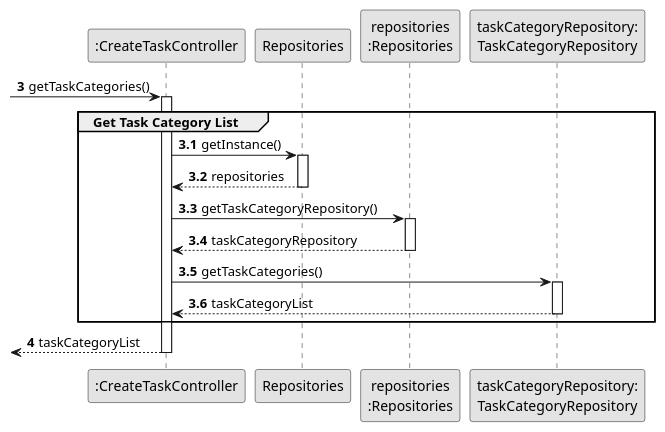
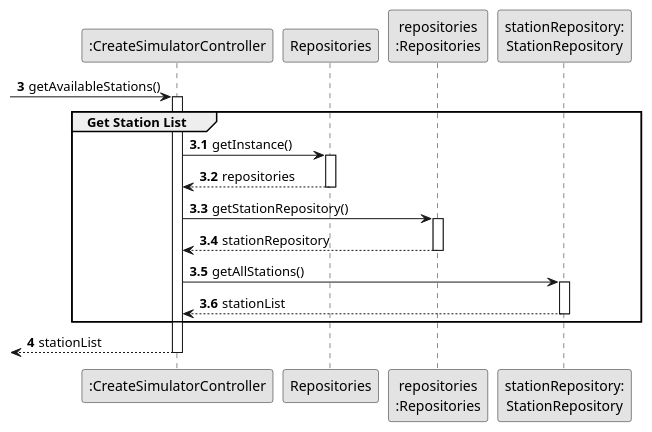
Before and after one commit to bruno-monteiro5/sem2-pi-24.25-g132-repo: the diagram in docs/system-documentation/US012/03.design/puml/US012-SD-partial-get-task-category-list.puml, drawn with PlantUML. The commit also changed 9 other files, not shown here.

```diff
--- a/docs/system-documentation/US012/03.design/puml/US012-SD-partial-get-task-category-list.puml
+++ b/docs/system-documentation/US012/03.design/puml/US012-SD-partial-get-task-category-list.puml
@@ -1,42 +1,38 @@
 @startuml
 skinparam monochrome true
 skinparam packageStyle rectangle
 skinparam shadowing false
 
 autonumber
 
-'hide footbox
-
-participant ":CreateTaskController" as CTRL
+participant ":CreateSimulatorController" as CTRL
 participant "Repositories" as REPOS
 participant "repositories\n:Repositories" as REPOS_SINGLETON
-participant "taskCategoryRepository:\nTaskCategoryRepository" as TASK_CAT_REPO
+participant "stationRepository:\nStationRepository" as STATION_REPO
 
 autonumber 3
-
- -> CTRL : getTaskCategories()
+-> CTRL : getAvailableStations()
 autonumber 3.1
 activate CTRL
-    group Get Task Category List
 
-            CTRL -> REPOS : getInstance()
-            activate REPOS
-                REPOS --> CTRL: repositories
-            deactivate REPOS
+    group Get Station List
+        CTRL -> REPOS : getInstance()
+        activate REPOS
+            REPOS --> CTRL : repositories
+        deactivate REPOS
 
-            CTRL -> REPOS_SINGLETON : getTaskCategoryRepository()
-            activate REPOS_SINGLETON
-                REPOS_SINGLETON --> CTRL: taskCategoryRepository
-            deactivate REPOS_SINGLETON
+        CTRL -> REPOS_SINGLETON : getStationRepository()
+        activate REPOS_SINGLETON
+            REPOS_SINGLETON --> CTRL : stationRepository
+        deactivate REPOS_SINGLETON
 
-            CTRL -> TASK_CAT_REPO : getTaskCategories()
-            activate TASK_CAT_REPO
-                TASK_CAT_REPO --> CTRL : taskCategoryList
-            deactivate TASK_CAT_REPO
+        CTRL -> STATION_REPO : getAllStations()
+        activate STATION_REPO
+            STATION_REPO --> CTRL : stationList
+        deactivate STATION_REPO
+    end
 
-    end
-    autonumber 4
-    <-- CTRL  : taskCategoryList
+autonumber 4
+<-- CTRL : stationList
 deactivate CTRL
-
 @enduml
```
